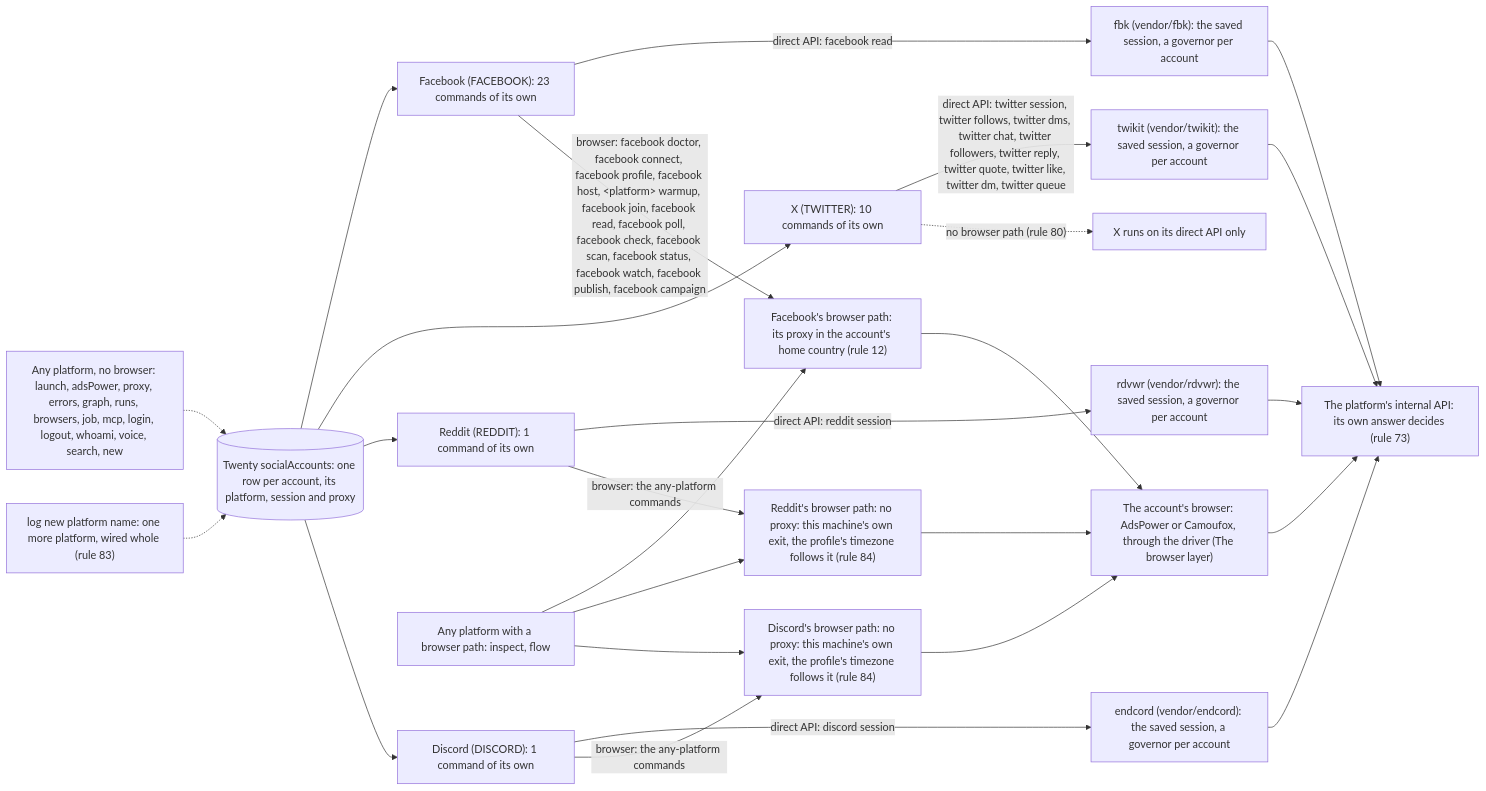
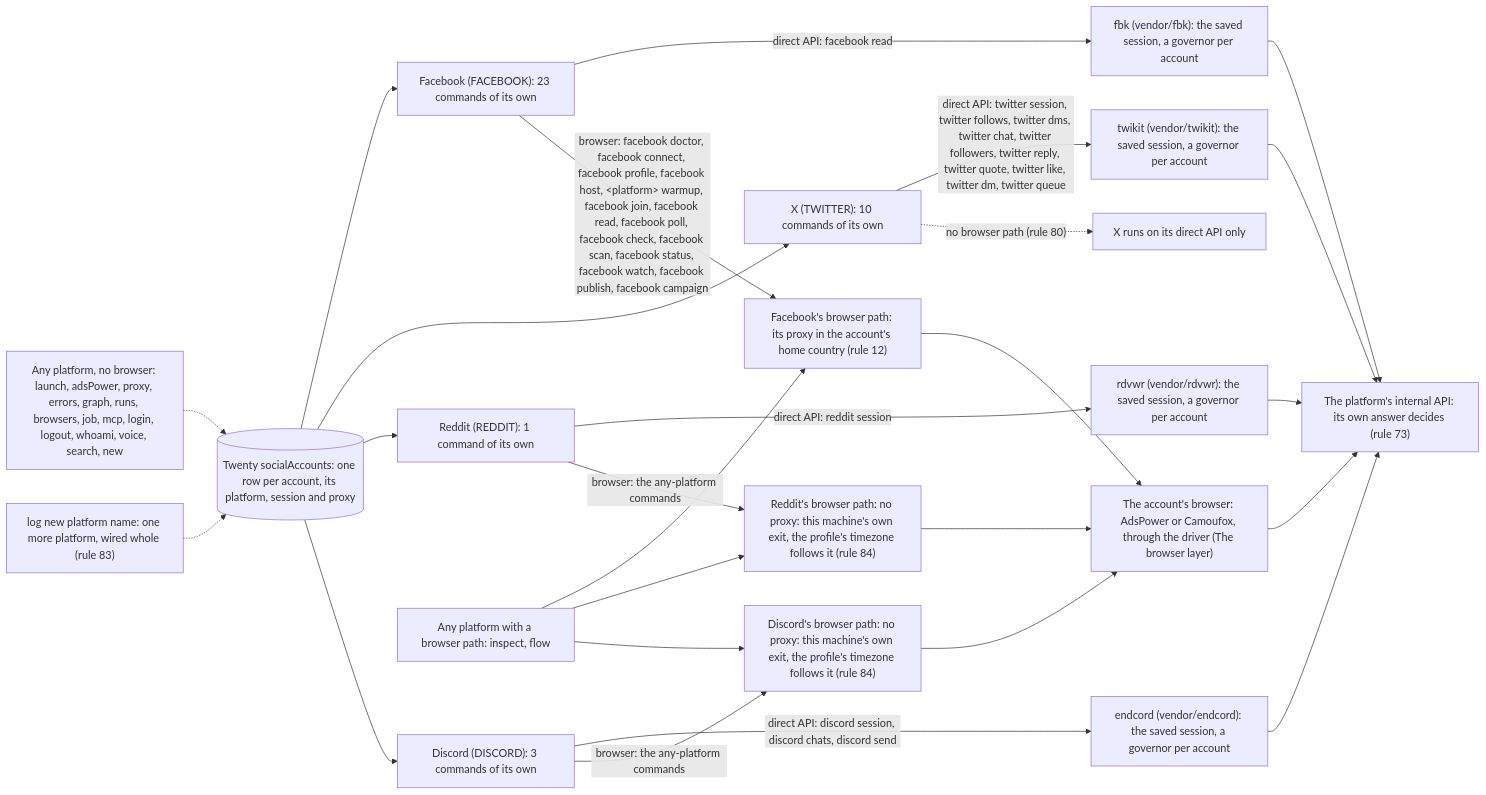
The diagram in docs/diagrams/platforms.mmd (matthewdonsemail-lab/log), drawn with Mermaid before and after one commit. The commit also changed 10 other files, not shown here.

Commit message:
feat(discord): log discord chats and send, on endcord, each an MCP tool

```diff
--- a/docs/diagrams/platforms.mmd
+++ b/docs/diagrams/platforms.mmd
@@ -1,37 +1,37 @@
 %% The platforms. log-cli is platform-agnostic: each platform is a row in `PLATFORMS` and `PLATFORM_SITES` (`src/cli/runner/helpers/platforms.ts`), with its direct-API client from `DIRECT_ROUTES` (`src/directApi/engine`) and its browser path, with or without a proxy. A new one is made by `log new platform <name>` (rule 83).
 %% Written by `bun run docs:build` from the code (rule 56). Not edited by hand.
 flowchart LR
   twenty[("Twenty socialAccounts: one row per account, its platform, session and proxy")]
   api["The platform's internal API: its own answer decides (rule 73)"]
   drivers["The account's browser: AdsPower or Camoufox, through the driver (The browser layer)"]
   p_facebook["Facebook (FACEBOOK): 23 commands of its own"]
   twenty --> p_facebook
   p_facebook -->|"direct API: facebook read"| e_fbk["fbk (vendor/fbk): the saved session, a governor per account"]
   e_fbk --> api
   p_facebook -->|"browser: facebook doctor, facebook connect, facebook profile, facebook host, #lt;platform#gt; warmup, facebook join, facebook read, facebook poll, facebook check, facebook scan, facebook status, facebook watch, facebook publish, facebook campaign"| b_facebook["Facebook's browser path: its proxy in the account's home country (rule 12)"]
   b_facebook --> drivers
   p_twitter["X (TWITTER): 10 commands of its own"]
   twenty --> p_twitter
   p_twitter -->|"direct API: twitter session, twitter follows, twitter dms, twitter chat, twitter followers, twitter reply, twitter quote, twitter like, twitter dm, twitter queue"| e_twikit["twikit (vendor/twikit): the saved session, a governor per account"]
   e_twikit --> api
   p_twitter -.->|"no browser path (rule 80)"| nob_twitter["X runs on its direct API only"]
   p_reddit["Reddit (REDDIT): 1 command of its own"]
   twenty --> p_reddit
   p_reddit -->|"direct API: reddit session"| e_rdvwr["rdvwr (vendor/rdvwr): the saved session, a governor per account"]
   e_rdvwr --> api
   p_reddit -->|"browser: the any-platform commands"| b_reddit["Reddit's browser path: no proxy: this machine's own exit, the profile's timezone follows it (rule 84)"]
   b_reddit --> drivers
-  p_discord["Discord (DISCORD): 1 command of its own"]
+  p_discord["Discord (DISCORD): 3 commands of its own"]
   twenty --> p_discord
-  p_discord -->|"direct API: discord session"| e_endcord["endcord (vendor/endcord): the saved session, a governor per account"]
+  p_discord -->|"direct API: discord session, discord chats, discord send"| e_endcord["endcord (vendor/endcord): the saved session, a governor per account"]
   e_endcord --> api
   p_discord -->|"browser: the any-platform commands"| b_discord["Discord's browser path: no proxy: this machine's own exit, the profile's timezone follows it (rule 84)"]
   b_discord --> drivers
   anyB["Any platform with a browser path: inspect, flow"]
   anyB --> b_facebook
   anyB --> b_reddit
   anyB --> b_discord
   anyN["Any platform, no browser: launch, adsPower, proxy, errors, graph, runs, browsers, job, mcp, login, logout, whoami, voice, search, new"]
   anyN -.-> twenty
   newP["log new platform name: one more platform, wired whole (rule 83)"] -.-> twenty
   drivers --> api
```
